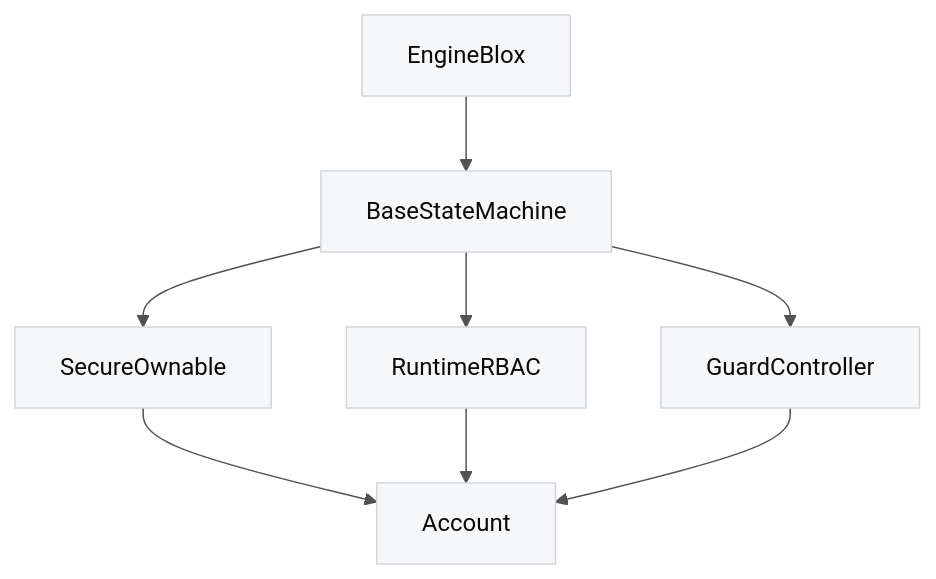
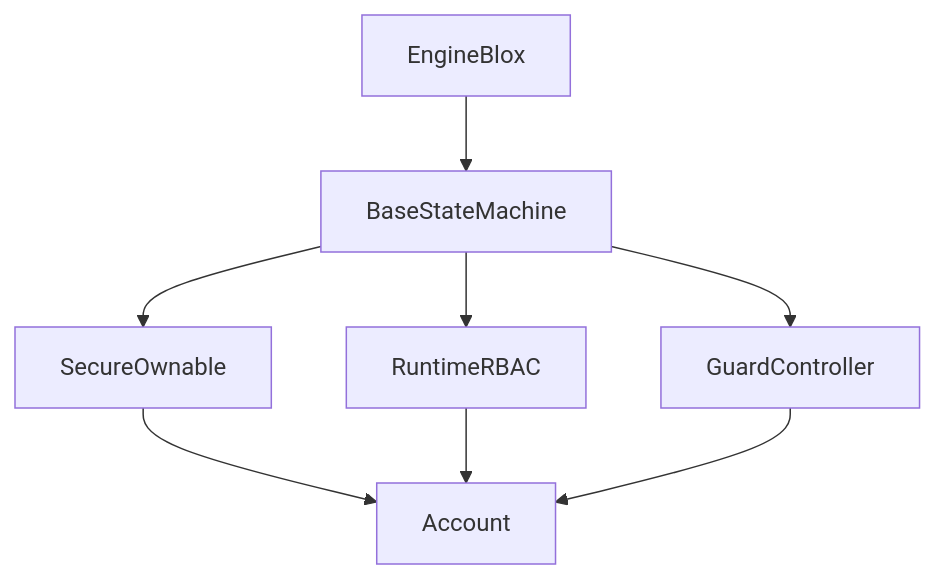
One commit to PracticalParticle/Bloxchain-Protocol changed the diagram in README.md. Above: the diagram before and after it, drawn with Mermaid.

Commit message:
docs: drop hard-coded Mermaid light theme from README
Let GitHub apply theme-aware Mermaid defaults so the architecture diagram stays readable in dark mode.

````diff
--- a/README.md
+++ b/README.md
@@ -55,17 +55,16 @@
 ```mermaid
-%%{init: {'theme': 'base', 'themeVariables': {'primaryTextColor': '#0A0A0A', 'lineColor': '#525252', 'primaryColor': '#F6F7F9', 'primaryBorderColor': '#D1D5DB', 'background': '#FFFFFF'}}}%%
 graph TB
   EB["EngineBlox"]
   BSM["BaseStateMachine"]
   SO["SecureOwnable"]
   RBAC["RuntimeRBAC"]
   GC["GuardController"]
   ACC["Account"]
   EB --> BSM
   BSM --> SO
   BSM --> RBAC
   BSM --> GC
   SO --> ACC
   RBAC --> ACC
   GC --> ACC
 ```
````
